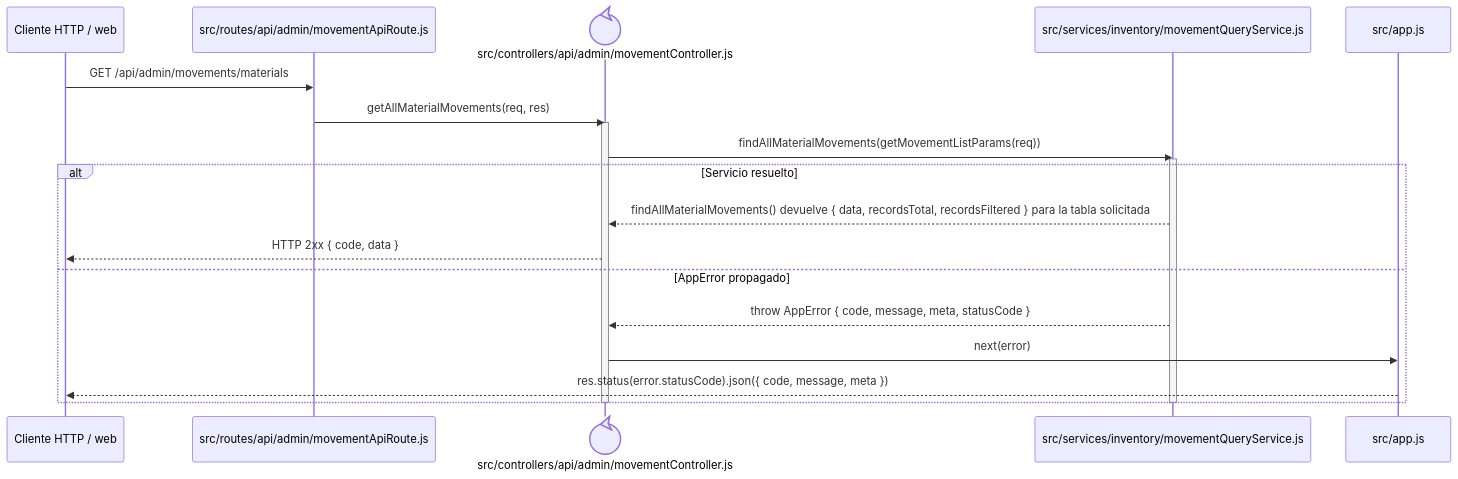
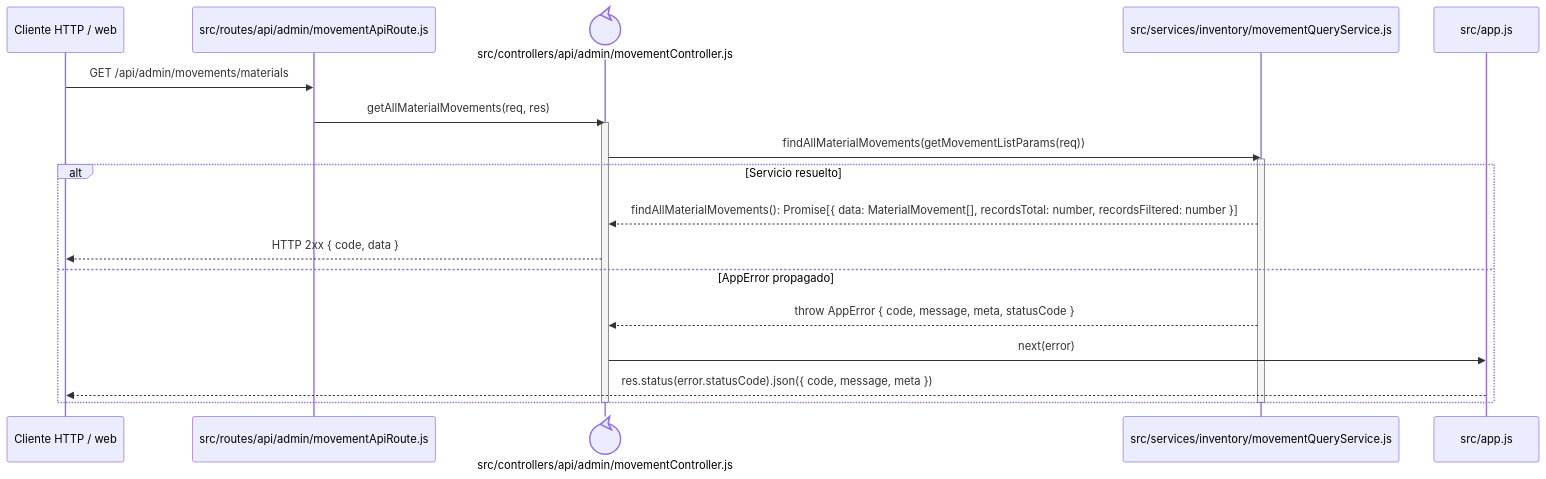
Before and after one commit to gpgsistemas01/nexus: the diagram in docs/architecture/backend-code-sequences/catalogs/cu-alm-07.md, drawn with Mermaid. The commit also changed 146 other files, not shown here.

````diff
--- a/docs/architecture/backend-code-sequences/catalogs/cu-alm-07.md
+++ b/docs/architecture/backend-code-sequences/catalogs/cu-alm-07.md
@@ -6,24 +6,24 @@
 ```mermaid
 sequenceDiagram
     participant Client as Cliente HTTP / web
     participant Route as src/routes/api/admin/movementApiRoute.js
     participant Controller@{ "type": "control" } as src/controllers/api/admin/movementController.js
     participant Domain as src/services/inventory/movementQueryService.js
     participant ErrorHandler as src/app.js
 
     Client->>Route: GET /api/admin/movements/materials
     Route->>Controller: getAllMaterialMovements(req, res)
     activate Controller
     Controller->>Domain: findAllMaterialMovements(getMovementListParams(req))
     activate Domain
     alt Servicio resuelto
-        Domain-->>Controller: findAllMaterialMovements() devuelve { data, recordsTotal, recordsFiltered } para la tabla solicitada
+        Domain-->>Controller: findAllMaterialMovements(): Promise[{ data: MaterialMovement[], recordsTotal: number, recordsFiltered: number }]
         Controller-->>Client: HTTP 2xx { code, data }
     else AppError propagado
         Domain-->>Controller: throw AppError { code, message, meta, statusCode }
         Controller->>ErrorHandler: next(error)
         ErrorHandler-->>Client: res.status(error.statusCode).json({ code, message, meta })
     end
     deactivate Domain
     deactivate Controller
 ```
````
